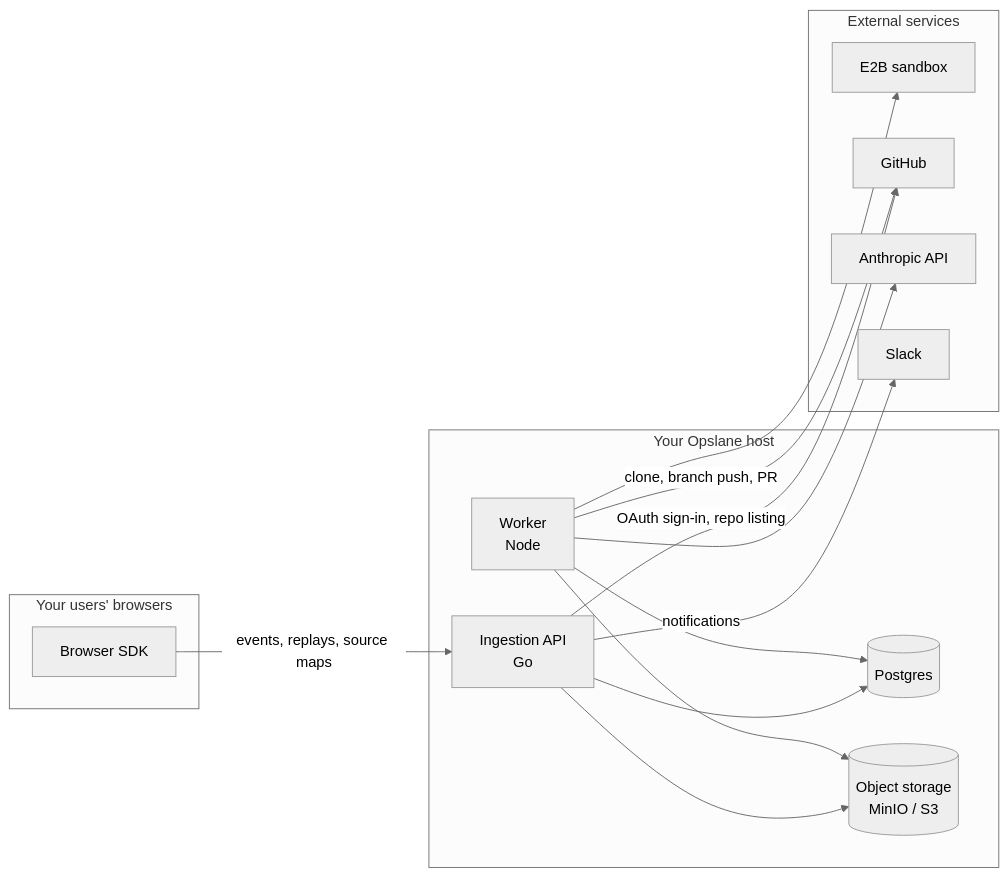
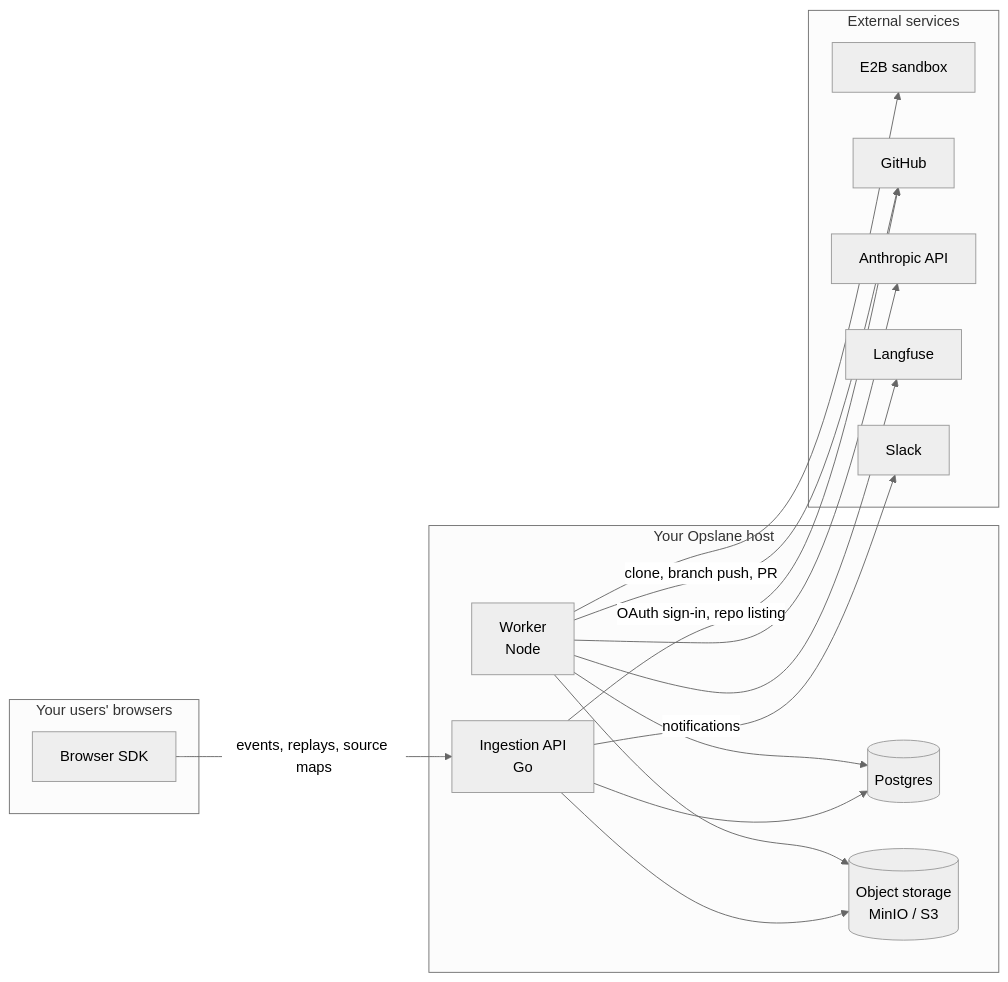
Before and after one commit to opslane/opslane: the diagram in docs/architecture/overview.md, drawn with Mermaid (neutral theme). The commit also changed other lines of this file and 1 other file, not shown here.

Commit message:
docs: sync for #307

````diff
--- a/docs/architecture/overview.md
+++ b/docs/architecture/overview.md
@@ -12,28 +12,30 @@
 ```mermaid
 flowchart LR
     subgraph browser [Your users' browsers]
         SDK[Browser SDK]
     end
     subgraph host [Your Opslane host]
         ING[Ingestion API<br/>Go]
         PG[(Postgres)]
         S3[(Object storage<br/>MinIO / S3)]
         WRK[Worker<br/>Node]
     end
     subgraph external [External services]
         E2B[E2B sandbox]
         GH[GitHub]
         ANT[Anthropic API]
+        LANGFUSE[Langfuse]
         SLACK[Slack]
     end
     SDK -->|events, replays, source maps| ING
     ING --> PG
     ING --> S3
     ING -->|OAuth sign-in, repo listing| GH
     ING -->|notifications| SLACK
     WRK --> PG
     WRK --> S3
     WRK --> E2B
     WRK -->|clone, branch push, PR| GH
     WRK --> ANT
+    WRK --> LANGFUSE
 ```
````
